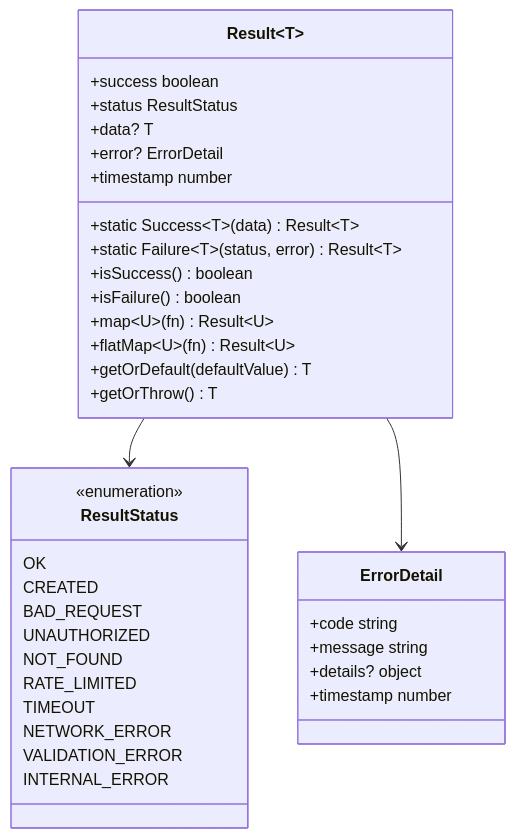
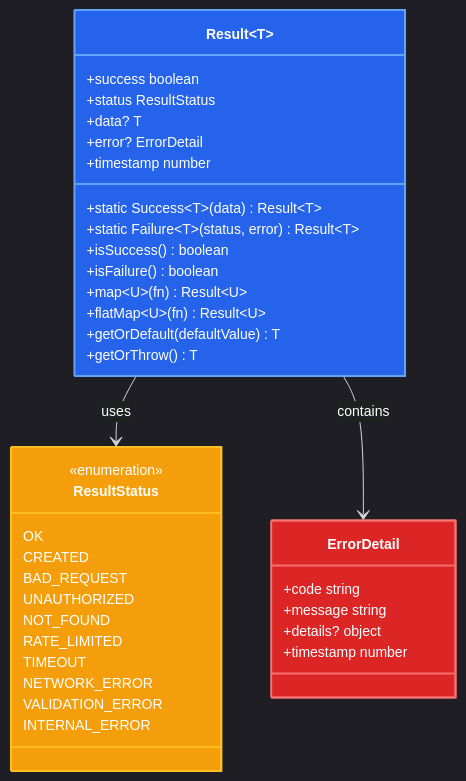
Before and after one commit to ArmandRicheletKleinberg/Ark.Alliance.Trading.Providers.Lib: the sixth of 10 diagrams in README.md, drawn with Mermaid. The commit also changed other lines of this file, not shown here.

First line of the commit message:
feat: convert all diagrams to professional dark theme

````diff
--- a/README.md
+++ b/README.md
@@ -508,42 +539,47 @@
 ```mermaid
+%%{init: {'theme':'dark', 'themeVariables': {'primaryColor':'#1e3a5f','primaryTextColor':'#fff','primaryBorderColor':'#60a5fa','lineColor':'#d1d5db','classText':'#fff','fontSize':'14px'}}}%%
 classDiagram
     class Result~T~ {
         +success boolean
         +status ResultStatus
         +data? T
         +error? ErrorDetail
         +timestamp number
         +static Success~T~(data) Result~T~
         +static Failure~T~(status, error) Result~T~
         +isSuccess() boolean
         +isFailure() boolean
         +map~U~(fn) Result~U~
         +flatMap~U~(fn) Result~U~
         +getOrDefault(defaultValue) T
         +getOrThrow() T
     }
     
     class ResultStatus {
         <<enumeration>>
         OK
         CREATED
         BAD_REQUEST
         UNAUTHORIZED
         NOT_FOUND
         RATE_LIMITED
         TIMEOUT
         NETWORK_ERROR
         VALIDATION_ERROR
         INTERNAL_ERROR
     }
     
     class ErrorDetail {
         +code string
         +message string
         +details? object
         +timestamp number
     }
     
-    Result --> ResultStatus
-    Result --> ErrorDetail
+    Result --> ResultStatus : uses
+    Result --> ErrorDetail : contains
+    
+    style Result fill:#2563eb,stroke:#60a5fa,stroke-width:2px,color:#fff
+    style ResultStatus fill:#f59e0b,stroke:#fbbf24,stroke-width:2px,color:#fff
+    style ErrorDetail fill:#dc2626,stroke:#f87171,stroke-width:2px,color:#fff
 ```
````
